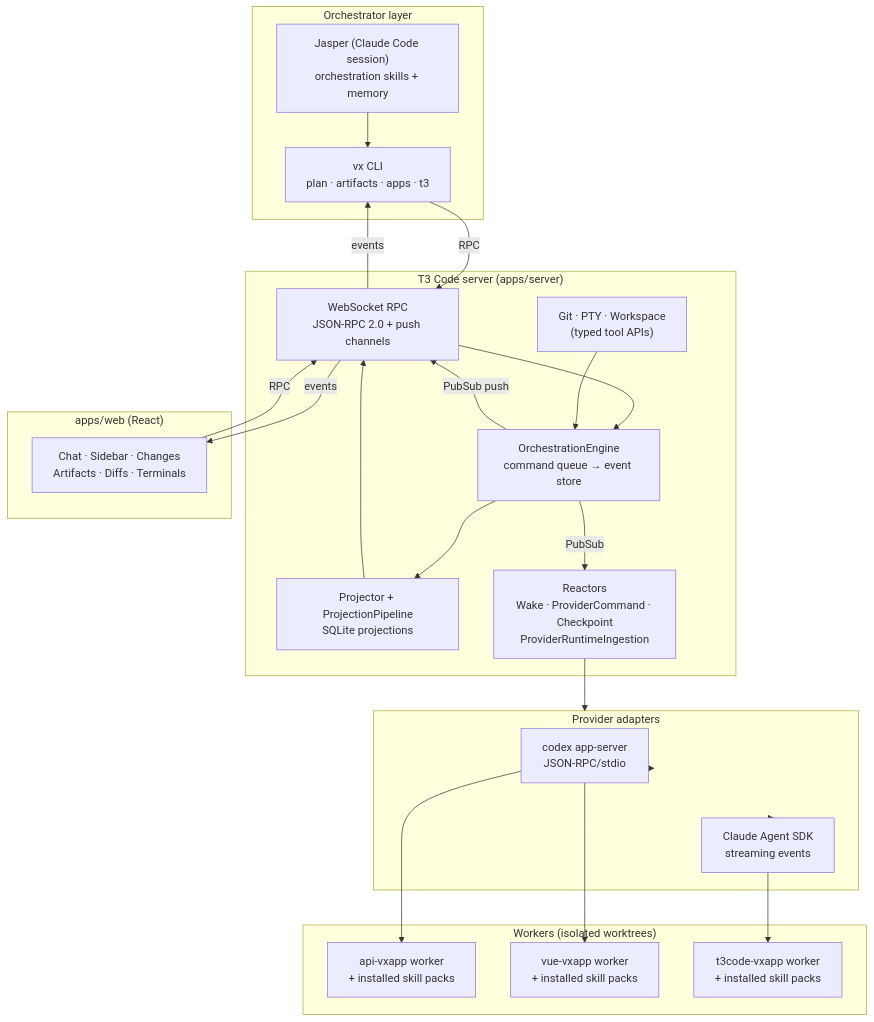
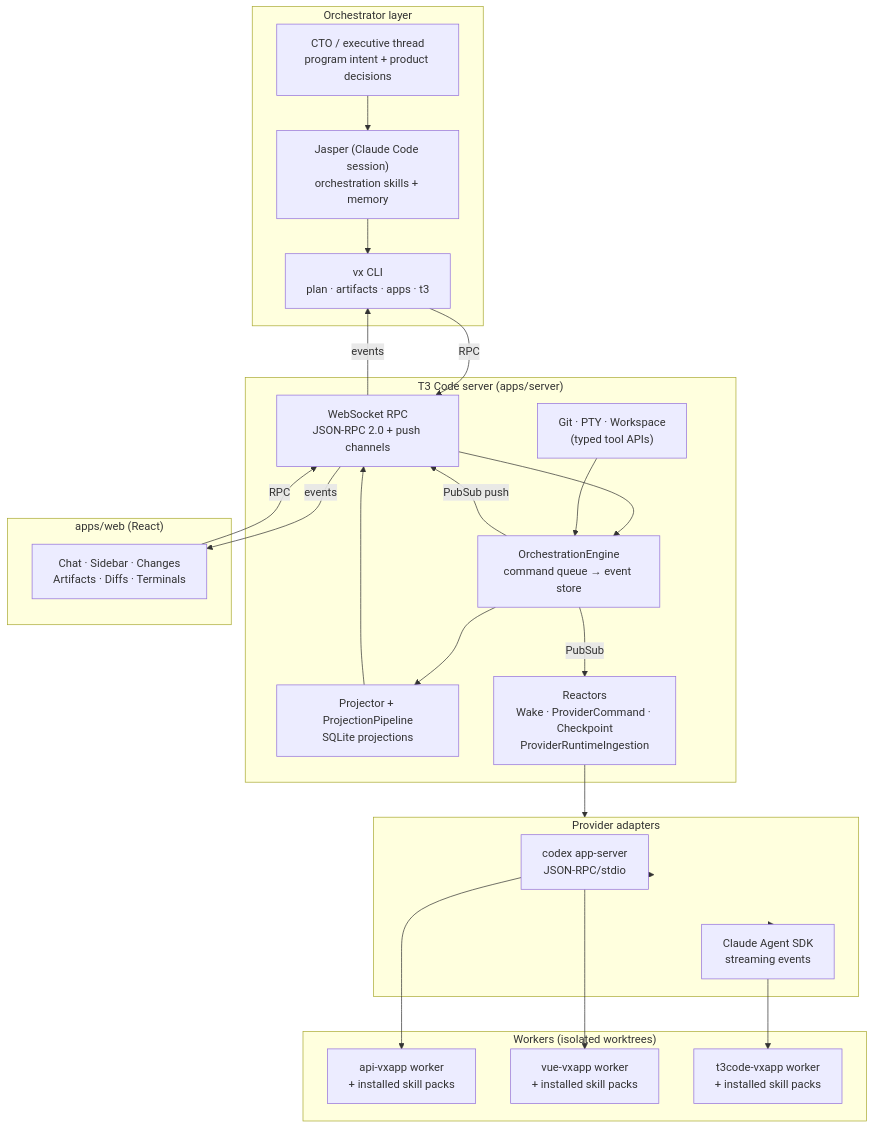
Before and after one commit to jackpridham/t3code-vxapp: the first of 4 diagrams in README.md, drawn with Mermaid. The commit also changed other lines of this file and 33 other files, not shown here.

````diff
--- a/README.md
+++ b/README.md
@@ -49,48 +49,50 @@
 ```mermaid
 flowchart TB
   subgraph Orchestrator["Orchestrator layer"]
+    CTO["CTO / executive thread\nprogram intent + product decisions"]
     Jasper["Jasper (Claude Code session)\norchestration skills + memory"]
     VX["vx CLI\nplan · artifacts · apps · t3"]
+    CTO --> Jasper
     Jasper --> VX
   end
 
   subgraph T3["T3 Code server (apps/server)"]
     WS["WebSocket RPC\nJSON-RPC 2.0 + push channels"]
     Engine["OrchestrationEngine\ncommand queue → event store"]
     Projector["Projector + ProjectionPipeline\nSQLite projections"]
     Reactors["Reactors\nWake · ProviderCommand · Checkpoint\nProviderRuntimeIngestion"]
     Tools["Git · PTY · Workspace\n(typed tool APIs)"]
   end
 
   subgraph Providers["Provider adapters"]
     Codex["codex app-server\nJSON-RPC/stdio"]
     Claude["Claude Agent SDK\nstreaming events"]
   end
 
   subgraph Workers["Workers (isolated worktrees)"]
     W1["api-vxapp worker\n+ installed skill packs"]
     W2["vue-vxapp worker\n+ installed skill packs"]
     W3["t3code-vxapp worker\n+ installed skill packs"]
   end
 
   subgraph Web["apps/web (React)"]
     UI["Chat · Sidebar · Changes\nArtifacts · Diffs · Terminals"]
   end
 
   VX -->|RPC| WS
   UI -->|RPC| WS
   WS --> Engine
   Engine --> Projector
   Engine -->|PubSub| Reactors
   Engine -->|PubSub push| WS
   WS -->|events| UI
   WS -->|events| VX
   Reactors --> Providers
   Providers --> Codex
   Providers --> Claude
   Codex --> W1
   Codex --> W2
   Claude --> W3
   Tools --> Engine
   Projector --> WS
 ```
````
